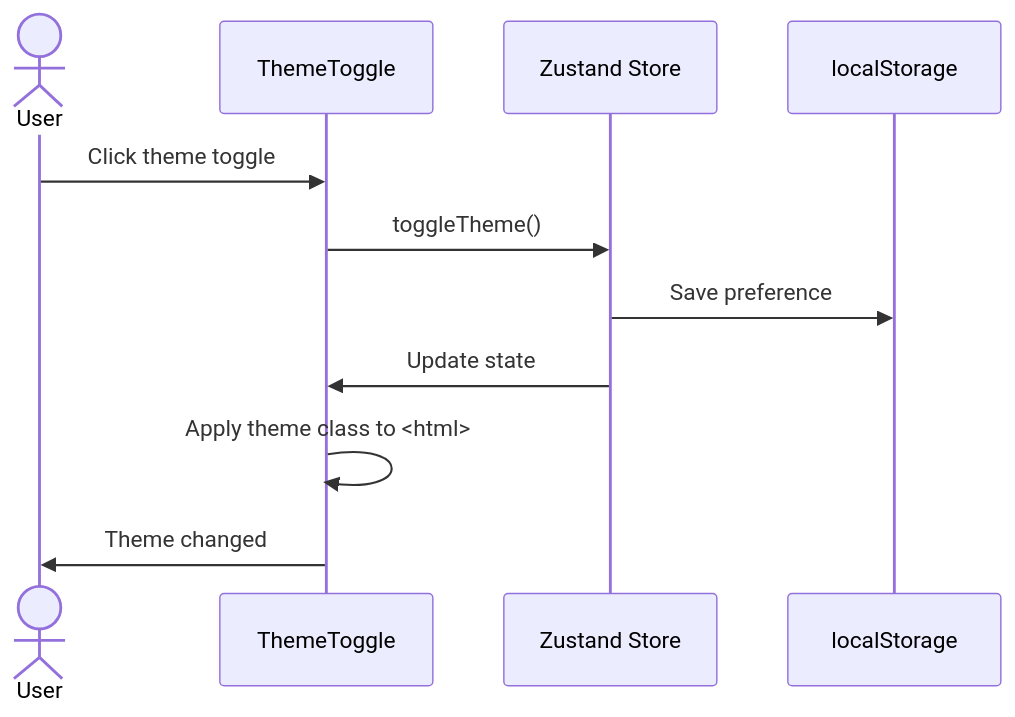
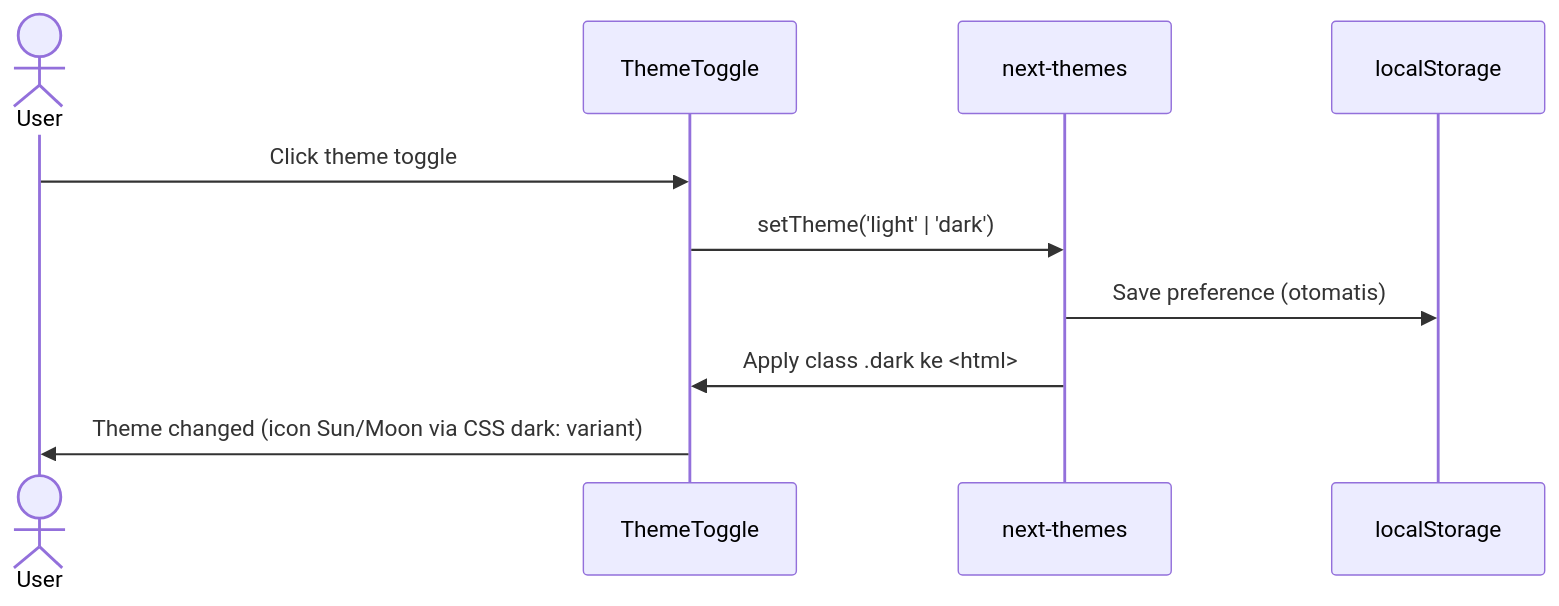
One commit to albiancdp/gantiin changed the fifth of 6 diagrams in docs/architecture/sequence-diagrams.md. Above: the diagram before and after it, drawn with Mermaid. The commit also changed other lines of this file and 79 other files, not shown here.

````diff
--- a/docs/architecture/sequence-diagrams.md
+++ b/docs/architecture/sequence-diagrams.md
@@ -133,14 +134,13 @@
 ```mermaid
 sequenceDiagram
     actor User
     participant UI as ThemeToggle
-    participant Store as Zustand Store
+    participant NT as next-themes
     participant Local as localStorage
 
     User->>UI: Click theme toggle
-    UI->>Store: toggleTheme()
-    Store->>Local: Save preference
-    Store->>UI: Update state
-    UI->>UI: Apply theme class to <html>
-    UI->>User: Theme changed
+    UI->>NT: setTheme('light' | 'dark')
+    NT->>Local: Save preference (otomatis)
+    NT->>UI: Apply class .dark ke <html>
+    UI->>User: Theme changed (icon Sun/Moon via CSS dark: variant)
 ```
````
